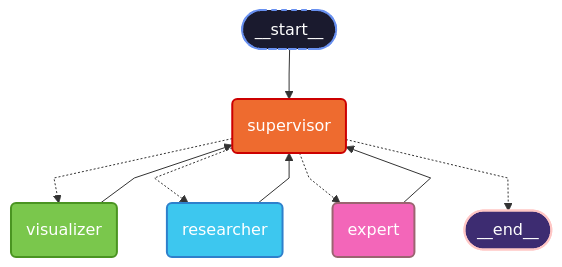
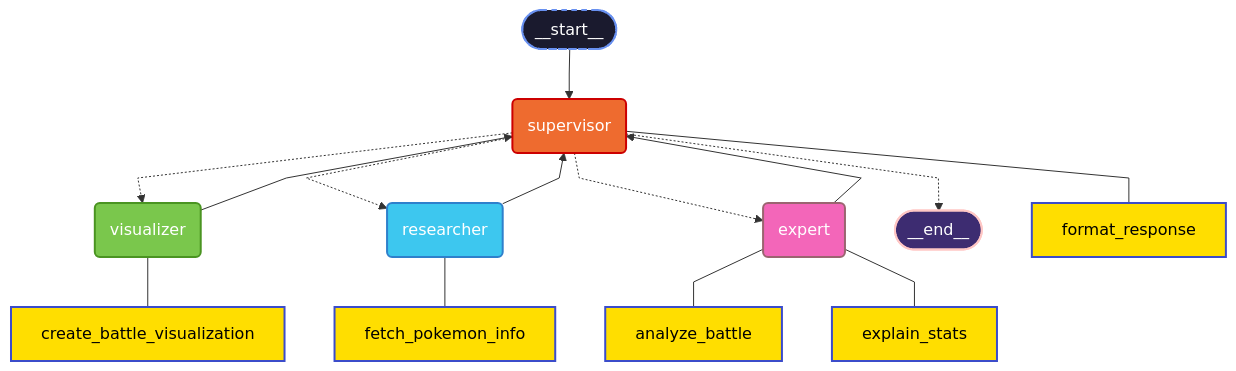
The diagram in README.md (gabrielblins/pokemon-agent-system), drawn with Mermaid before and after one commit. The commit also changed other lines of this file, not shown here.

````diff
--- a/README.md
+++ b/README.md
@@ -273,31 +273,48 @@
 ```mermaid
 %%{init: {'flowchart': {'curve': 'linear'}}}%%
 graph TD
     __start__([__start__]):::first
     supervisor(supervisor):::trainer
     researcher(researcher):::professor
     expert(expert):::elite
     visualizer(visualizer):::artist
     __end__([__end__]):::last
     
+    %% Agent connections
     __start__ --> supervisor
     expert --> supervisor
     researcher --> supervisor
     visualizer --> supervisor
     
     supervisor -.-> visualizer
     supervisor -.-> researcher
     supervisor -.-> expert
     supervisor -.-> __end__
+    
+    %% Tool connections
+    format_response[format_response]:::tool
+    fetch_pokemon_info[fetch_pokemon_info]:::tool
+    analyze_battle[analyze_battle]:::tool
+    explain_stats[explain_stats]:::tool
+    create_battle_visualization[create_battle_visualization]:::tool
+    
+    supervisor --- format_response
+    researcher --- fetch_pokemon_info
+    expert --- analyze_battle
+    expert --- explain_stats
+    visualizer --- create_battle_visualization
     
     %% Pokémon-themed styling
     classDef default color:#ffffff,stroke-width:2
     classDef first fill:#1a1a2e,stroke:#6890f0,stroke-width:2,stroke-dasharray:5 5,color:#ffffff
     classDef last fill:#3d2c71,stroke:#ffc7c5,stroke-width:2,color:#ffffff
     
     %% Agent-specific styling based on Pokémon types/roles
     classDef trainer fill:#ee6b2f,stroke:#cc0000,color:#ffffff %% Fire-type/Trainer colors
     classDef professor fill:#3dc7ef,stroke:#2e80cc,color:#ffffff %% Water-type/Professor colors
     classDef elite fill:#f366b9,stroke:#9b6470,color:#ffffff %% Psychic-type/Elite colors
     classDef artist fill:#7AC74C,stroke:#4a9421,color:#ffffff %% Grass-type/Artist colors
+    
+    %% Tool styling
+    classDef tool fill:#ffde00,stroke:#3b4cca,color:#000000,shape:hexagon
 ```
````
